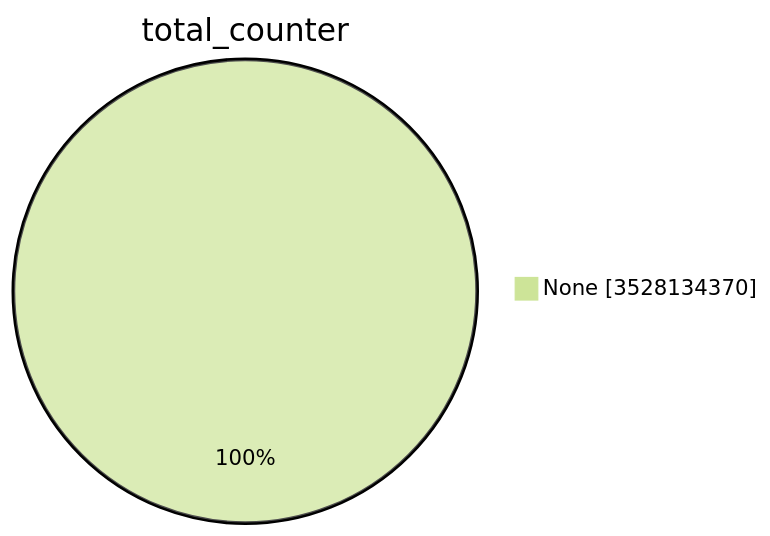
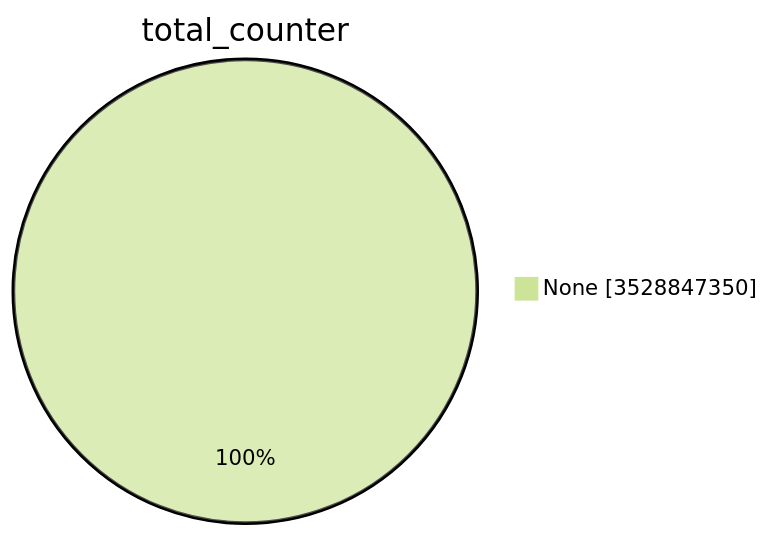
The first of 15 diagrams in TOTAL/README.md (christiankrug/ctmonitor_visualization), drawn with Mermaid (forest theme) before and after one commit. The commit also changed other lines of this file, not shown here.

````diff
--- a/TOTAL/README.md
+++ b/TOTAL/README.md
@@ -1,5 +1,5 @@
 ```mermaid
 pie showData
 title total_counter
-"None" :3528134370
+"None" :3528847350
 ```
````
